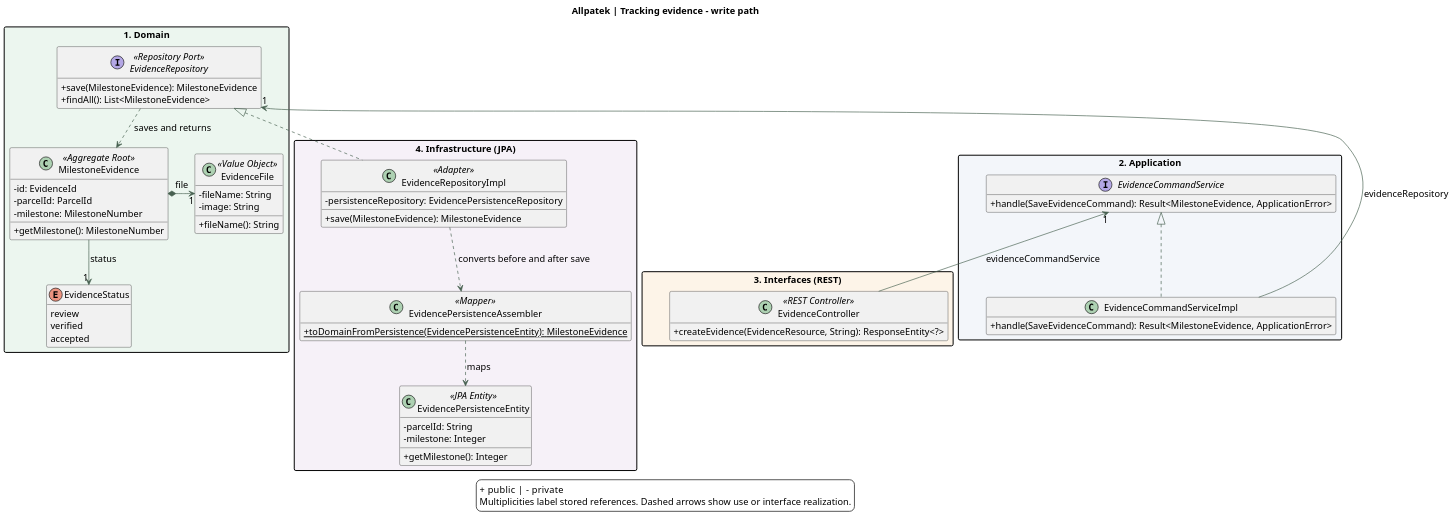
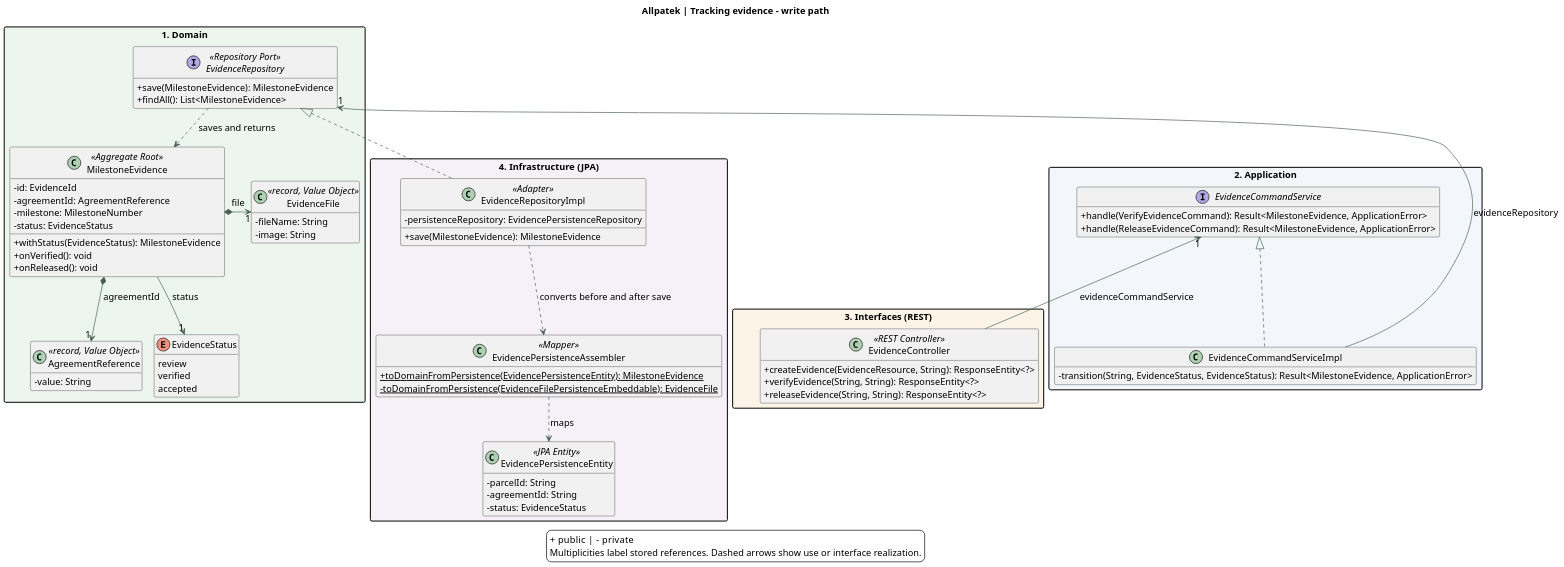
One commit to upc-pre-202620-1asi0729-7753-Terranova/allpatek-report changed the diagram in assets/chapter-04/architecture/12-classes-monitoring.puml. Above: the diagram before and after it, drawn with PlantUML. The commit also changed 3 other files, not shown here.

Commit message:
docs(uml): model agreement references and evidence transitions

```diff
--- a/assets/chapter-04/architecture/12-classes-monitoring.puml
+++ b/assets/chapter-04/architecture/12-classes-monitoring.puml
@@ -1,80 +1,90 @@
 @startuml
 !pragma layout smetana
 skinparam backgroundColor white
 skinparam defaultFontName SansSerif
 skinparam defaultFontSize 14
 skinparam shadowing false
 skinparam classAttributeIconSize 0
 skinparam ArrowColor #476050
 skinparam packageStyle rectangle
 skinparam dpi 140
 hide empty members
 top to bottom direction
 title Allpatek | Tracking evidence - write path
 
 package "1. Domain" as Domain #ECF6EF {
+  class AgreementReference <<record, Value Object>> {
+    -value: String
+  }
   class MilestoneEvidence <<Aggregate Root>> {
     -id: EvidenceId
-    -parcelId: ParcelId
+    -agreementId: AgreementReference
     -milestone: MilestoneNumber
-    +getMilestone(): MilestoneNumber
+    -status: EvidenceStatus
+    +withStatus(EvidenceStatus): MilestoneEvidence
+    +onVerified(): void
+    +onReleased(): void
   }
-  class EvidenceFile <<Value Object>> {
+  class EvidenceFile <<record, Value Object>> {
     -fileName: String
     -image: String
-    +fileName(): String
   }
   interface EvidenceRepository <<Repository Port>> {
     +save(MilestoneEvidence): MilestoneEvidence
     +findAll(): List<MilestoneEvidence>
   }
   MilestoneEvidence *-right-> "1" EvidenceFile : file
   EvidenceRepository ..> MilestoneEvidence : saves and returns
   enum EvidenceStatus {
     review
     verified
     accepted
   }
   MilestoneEvidence --> "1" EvidenceStatus : status
 }
 package "2. Application" as Application #F3F6FA {
   interface EvidenceCommandService {
-    +handle(SaveEvidenceCommand): Result<MilestoneEvidence, ApplicationError>
+    +handle(VerifyEvidenceCommand): Result<MilestoneEvidence, ApplicationError>
+    +handle(ReleaseEvidenceCommand): Result<MilestoneEvidence, ApplicationError>
   }
   class EvidenceCommandServiceImpl {
-    +handle(SaveEvidenceCommand): Result<MilestoneEvidence, ApplicationError>
+    -transition(String, EvidenceStatus, EvidenceStatus): Result<MilestoneEvidence, ApplicationError>
   }
   EvidenceCommandService <|.. EvidenceCommandServiceImpl
 }
 package "3. Interfaces (REST)" as Interfaces #FDF4E8 {
   class EvidenceController <<REST Controller>> {
     +createEvidence(EvidenceResource, String): ResponseEntity<?>
+    +verifyEvidence(String, String): ResponseEntity<?>
+    +releaseEvidence(String, String): ResponseEntity<?>
   }
 }
 package "4. Infrastructure (JPA)" as Infrastructure #F6F1F8 {
   class EvidenceRepositoryImpl <<Adapter>> {
     -persistenceRepository: EvidencePersistenceRepository
     +save(MilestoneEvidence): MilestoneEvidence
   }
   class EvidencePersistenceAssembler <<Mapper>> {
     {static} +toDomainFromPersistence(EvidencePersistenceEntity): MilestoneEvidence
+    {static} -toDomainFromPersistence(EvidenceFilePersistenceEmbeddable): EvidenceFile
   }
   class EvidencePersistenceEntity <<JPA Entity>> {
     -parcelId: String
-    -milestone: Integer
-    +getMilestone(): Integer
+    -agreementId: String
+    -status: EvidenceStatus
   }
   EvidenceRepositoryImpl ..> EvidencePersistenceAssembler : converts before and after save
   EvidencePersistenceAssembler ..> EvidencePersistenceEntity : maps
 }
 EvidenceRepository "1" <-- EvidenceCommandServiceImpl : evidenceRepository
 EvidenceRepository <|.. EvidenceRepositoryImpl
 EvidenceCommandService "1" <-- EvidenceController : evidenceCommandService
 Domain -[hidden]down-> Application
 Application -[hidden]down-> Interfaces
 
+MilestoneEvidence *--> "1" AgreementReference : agreementId
 legend bottom
 + public  |  - private
 Multiplicities label stored references. Dashed arrows show use or interface realization.
 endlegend
 @enduml
```
